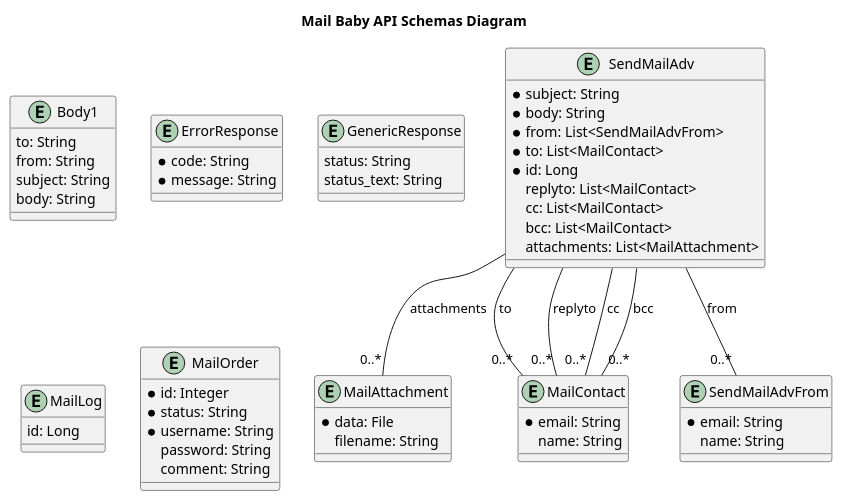
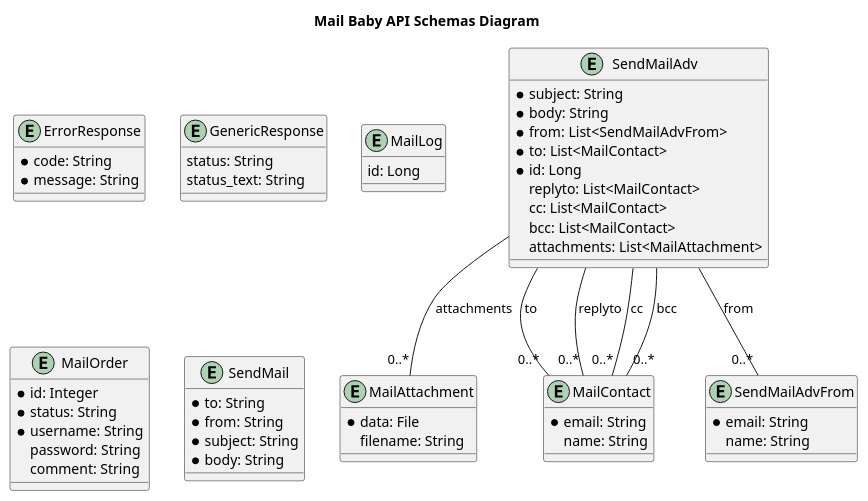
One commit to interserver/mailbaby-api-samples changed the diagram in openapi-documentation/plantuml/schemas.plantuml. Above: the diagram before and after it, drawn with PlantUML. The commit also changed 862 other files, not shown here.

```diff
--- a/openapi-documentation/plantuml/schemas.plantuml
+++ b/openapi-documentation/plantuml/schemas.plantuml
@@ -1,69 +1,69 @@
 @startuml
 
 title Mail Baby API Schemas Diagram
-
-entity Body1 { 
-    to: String
-    from: String
-    subject: String
-    body: String
-}
 
 entity ErrorResponse { 
     * code: String
     * message: String
 }
 
 entity GenericResponse { 
     status: String
     status_text: String
 }
 
 entity MailAttachment { 
     * data: File
     filename: String
 }
 
 entity MailContact { 
     * email: String
     name: String
 }
 
 entity MailLog { 
     id: Long
 }
 
 entity MailOrder { 
     * id: Integer
     * status: String
     * username: String
     password: String
     comment: String
 }
 
+entity SendMail { 
+    * to: String
+    * from: String
+    * subject: String
+    * body: String
+}
+
 entity SendMailAdv { 
     * subject: String
     * body: String
     * from: List<SendMailAdvFrom>
     * to: List<MailContact>
     * id: Long
     replyto: List<MailContact>
     cc: List<MailContact>
     bcc: List<MailContact>
     attachments: List<MailAttachment>
 }
 
 entity SendMailAdvFrom { 
     * email: String
     name: String
 }
 
 
 SendMailAdv -- "0..*" SendMailAdvFrom : from
 SendMailAdv -- "0..*" MailContact : to
 SendMailAdv -- "0..*" MailContact : replyto
 SendMailAdv -- "0..*" MailContact : cc
 SendMailAdv -- "0..*" MailContact : bcc
 SendMailAdv -- "0..*" MailAttachment : attachments
 
 @enduml
```
